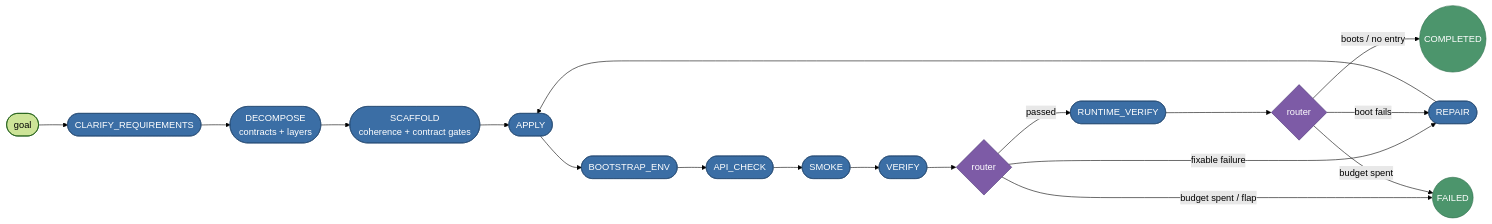
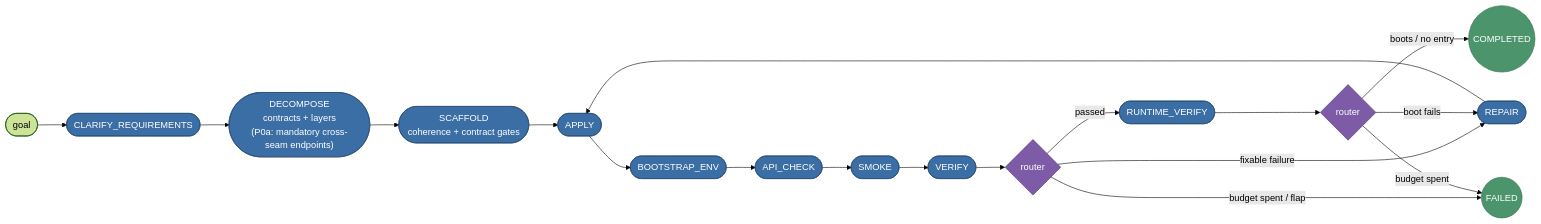
The first of 3 diagrams in docs/flowcharts.md (raminmohammadi/CGX), drawn with Mermaid (forest theme) before and after one commit. The commit also changed other lines of this file and 5 other files, not shown here.

````diff
--- a/docs/flowcharts.md
+++ b/docs/flowcharts.md
@@ -191,22 +191,22 @@
 ```mermaid
 flowchart LR
-    U([goal]) --> CQ(["CLARIFY_REQUIREMENTS"]) --> DEC(["DECOMPOSE<br/>contracts + layers"])
+    U([goal]) --> CQ(["CLARIFY_REQUIREMENTS"]) --> DEC(["DECOMPOSE<br/>contracts + layers<br/>(P0a: mandatory cross-seam endpoints)"])
     DEC --> SCA(["SCAFFOLD<br/>coherence + contract gates"]) --> APP(["APPLY"])
     APP --> BS(["BOOTSTRAP_ENV"]) --> AC(["API_CHECK"]) --> SM(["SMOKE"]) --> VER(["VERIFY"])
     VER --> IC{"router"}
     IC -- "passed" --> RUN(["RUNTIME_VERIFY"])
     IC -- "fixable failure" --> REP(["REPAIR"])
     RUN --> IC2{"router"}
     IC2 -- "boots / no entry" --> DONE((COMPLETED))
     IC2 -- "boot fails" --> REP
     REP --> APP
     IC -- "budget spent / flap" --> FAIL((FAILED))
     IC2 -- "budget spent" --> FAIL
 
     classDef road fill:#3b6ea5,stroke:#274c73,color:#fff;
     classDef gate fill:#7d5ba6,stroke:#4c3575,color:#fff;
     classDef term fill:#4c956c,stroke:#2c6e49,color:#fff;
     class CQ,DEC,SCA,APP,BS,AC,SM,VER,RUN,REP road;
     class IC,IC2 gate;
     class DONE,FAIL term;
 ```
````
